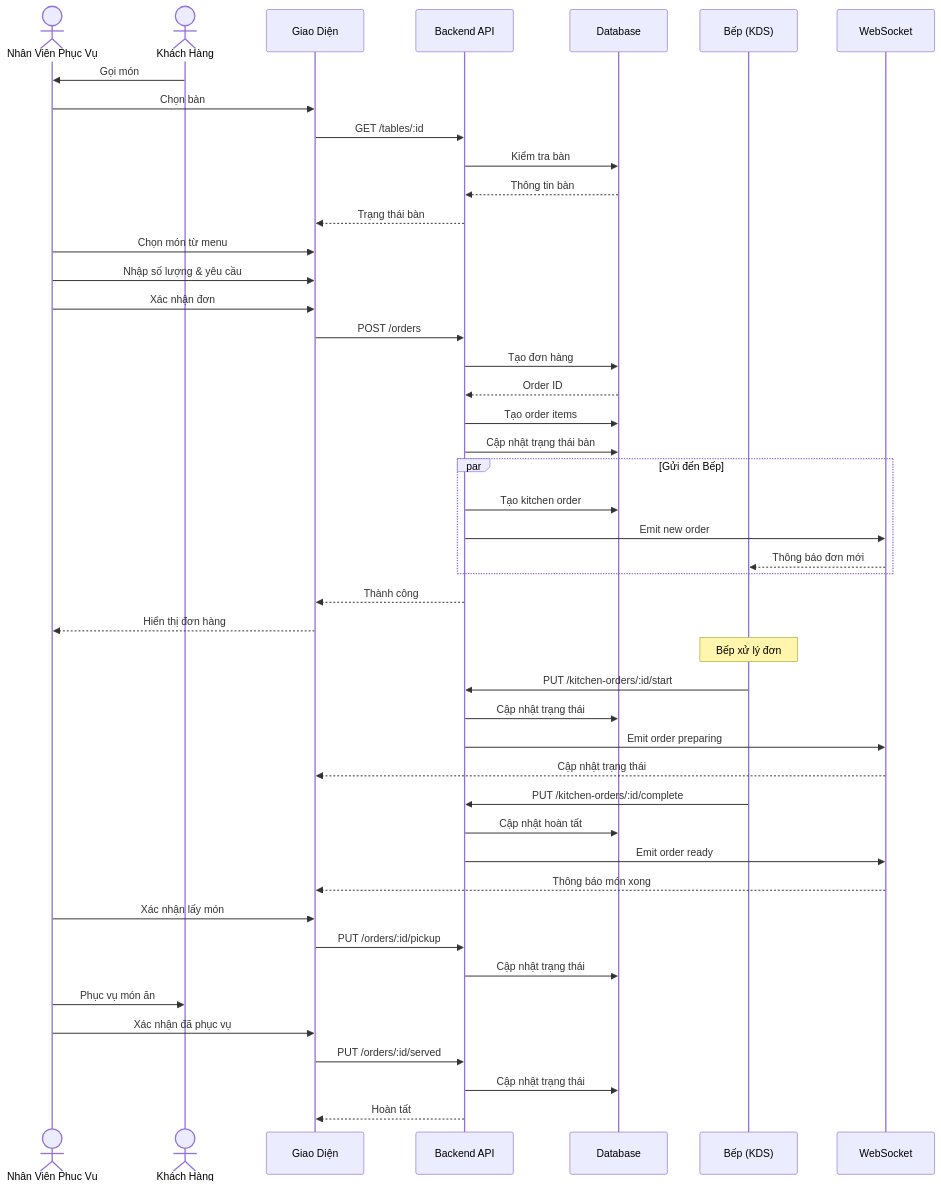
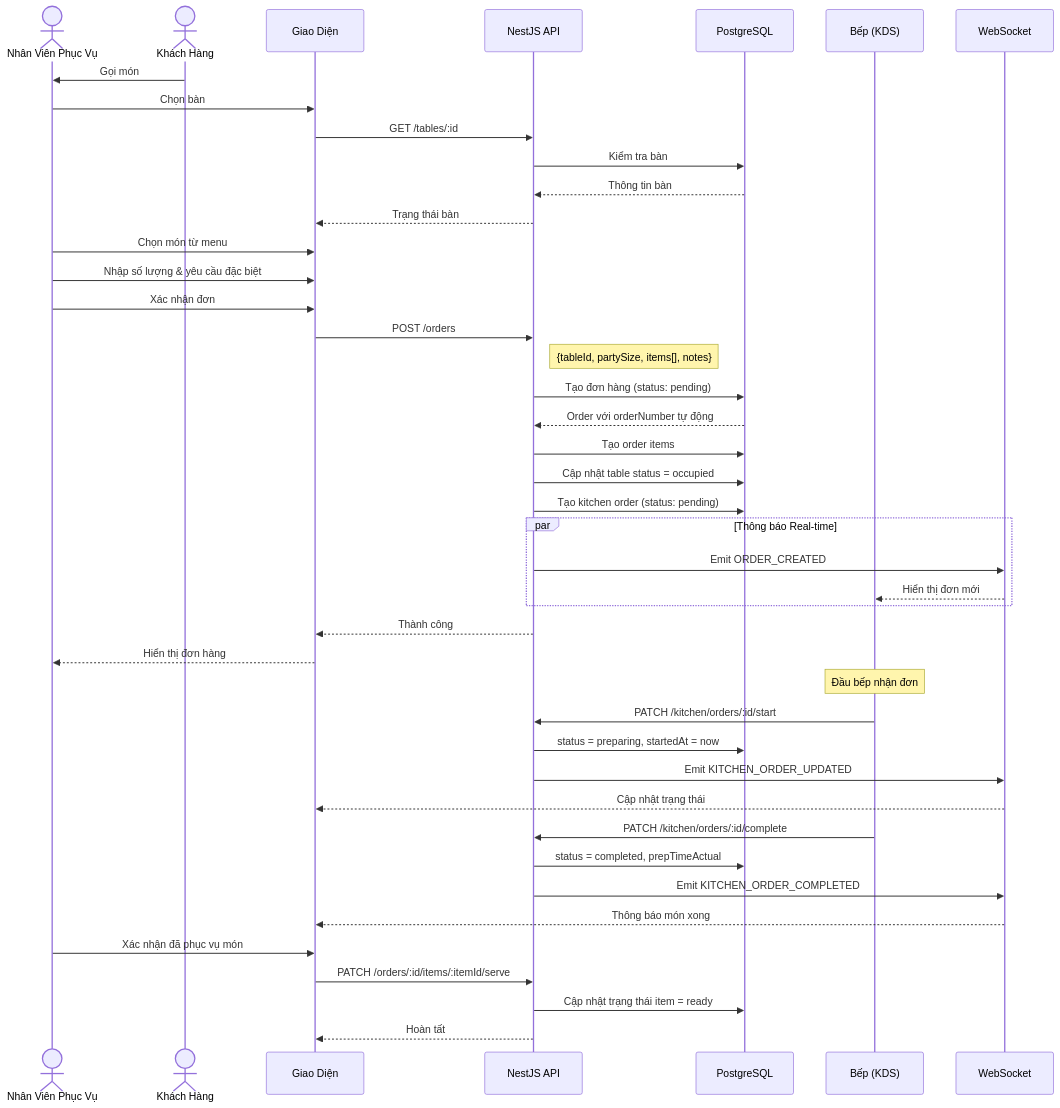
One commit to huy1235588/restaurant-management changed the second of 17 diagrams in docs/diagrams/ORDER_MANAGEMENT_DIAGRAMS.md. Above: the diagram before and after it, drawn with Mermaid. The commit also changed other lines of this file and 18 other files, not shown here.

Commit message:
Update documentation for Order Management, Reservation Management, and Staff Management modules to reflect real-world implementation as of June 2025. Enhance data structures, API endpoints, and feature descriptions while noting future development plans and integration details.

````diff
--- a/docs/diagrams/ORDER_MANAGEMENT_DIAGRAMS.md
+++ b/docs/diagrams/ORDER_MANAGEMENT_DIAGRAMS.md
@@ -39,57 +54,53 @@
 ```mermaid
 sequenceDiagram
     actor Waiter as Nhân Viên Phục Vụ
     actor Customer as Khách Hàng
     participant UI as Giao Diện
-    participant API as Backend API
-    participant DB as Database
+    participant API as NestJS API
+    participant DB as PostgreSQL
     participant Kitchen as Bếp (KDS)
     participant Socket as WebSocket
 
     Customer ->> Waiter: Gọi món
     Waiter ->> UI: Chọn bàn
     UI ->> API: GET /tables/:id
     API ->> DB: Kiểm tra bàn
     DB -->> API: Thông tin bàn
     API -->> UI: Trạng thái bàn
     
     Waiter ->> UI: Chọn món từ menu
-    Waiter ->> UI: Nhập số lượng & yêu cầu
+    Waiter ->> UI: Nhập số lượng & yêu cầu đặc biệt
     Waiter ->> UI: Xác nhận đơn
     UI ->> API: POST /orders
+    Note right of API: {tableId, partySize, items[], notes}
     
-    API ->> DB: Tạo đơn hàng
-    DB -->> API: Order ID
+    API ->> DB: Tạo đơn hàng (status: pending)
+    DB -->> API: Order với orderNumber tự động
     API ->> DB: Tạo order items
-    API ->> DB: Cập nhật trạng thái bàn
+    API ->> DB: Cập nhật table status = occupied
+    API ->> DB: Tạo kitchen order (status: pending)
     
-    par Gửi đến Bếp
-        API ->> DB: Tạo kitchen order
-        API ->> Socket: Emit new order
-        Socket -->> Kitchen: Thông báo đơn mới
+    par Thông báo Real-time
+        API ->> Socket: Emit ORDER_CREATED
+        Socket -->> Kitchen: Hiển thị đơn mới
     end
     
     API -->> UI: Thành công
     UI -->> Waiter: Hiển thị đơn hàng
     
-    Note over Kitchen: Bếp xử lý đơn
-    Kitchen ->> API: PUT /kitchen-orders/:id/start
-    API ->> DB: Cập nhật trạng thái
-    API ->> Socket: Emit order preparing
+    Note over Kitchen: Đầu bếp nhận đơn
+    Kitchen ->> API: PATCH /kitchen/orders/:id/start
+    API ->> DB: status = preparing, startedAt = now
+    API ->> Socket: Emit KITCHEN_ORDER_UPDATED
     Socket -->> UI: Cập nhật trạng thái
     
-    Kitchen ->> API: PUT /kitchen-orders/:id/complete
-    API ->> DB: Cập nhật hoàn tất
-    API ->> Socket: Emit order ready
+    Kitchen ->> API: PATCH /kitchen/orders/:id/complete
+    API ->> DB: status = completed, prepTimeActual
+    API ->> Socket: Emit KITCHEN_ORDER_COMPLETED
     Socket -->> UI: Thông báo món xong
     
-    Waiter ->> UI: Xác nhận lấy món
-    UI ->> API: PUT /orders/:id/pickup
-    API ->> DB: Cập nhật trạng thái
-    
-    Waiter ->> Customer: Phục vụ món ăn
-    Waiter ->> UI: Xác nhận đã phục vụ
-    UI ->> API: PUT /orders/:id/served
-    API ->> DB: Cập nhật trạng thái
+    Waiter ->> UI: Xác nhận đã phục vụ món
+    UI ->> API: PATCH /orders/:id/items/:itemId/serve
+    API ->> DB: Cập nhật trạng thái item = ready
     API -->> UI: Hoàn tất
 ```
````
